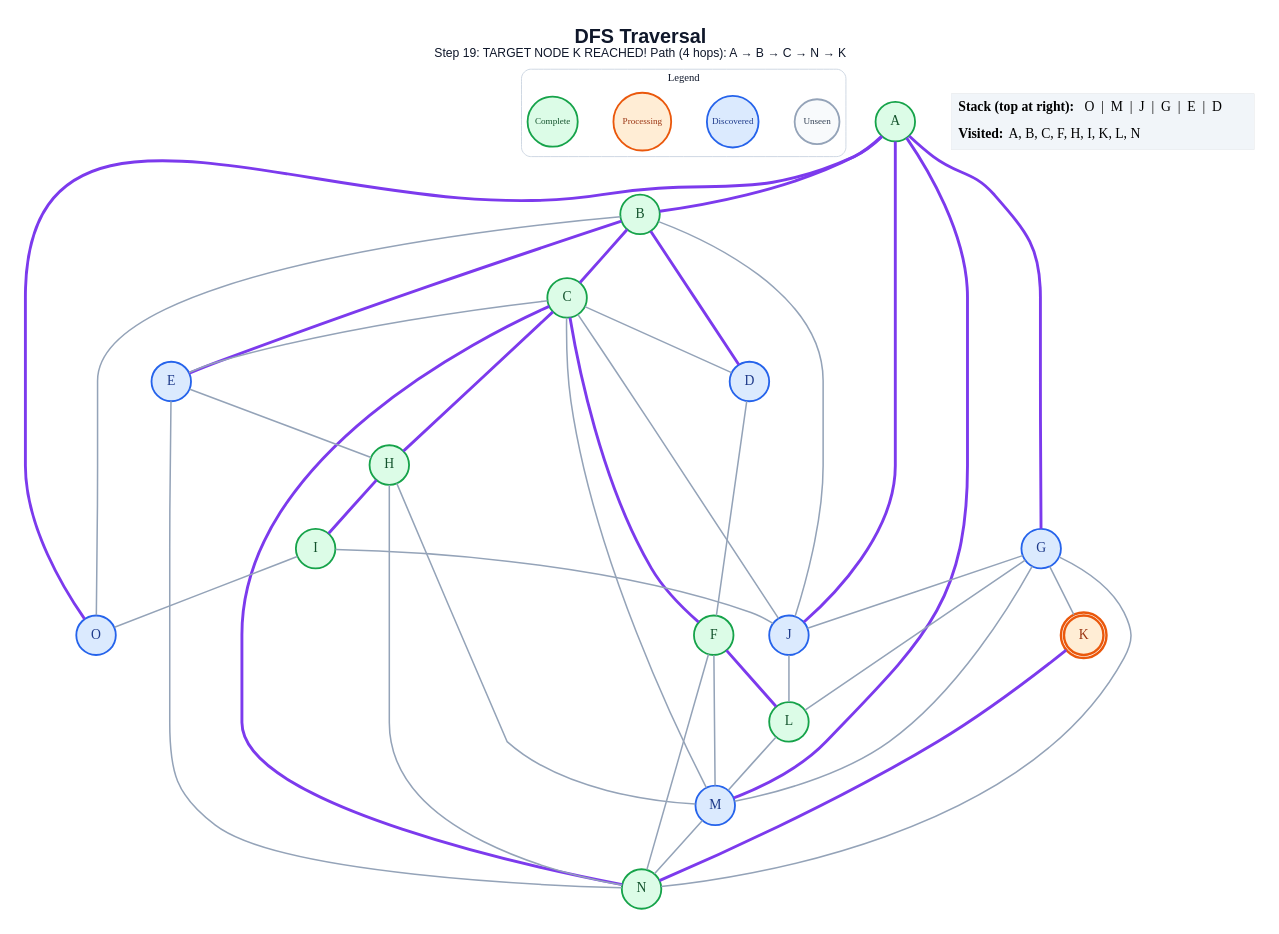
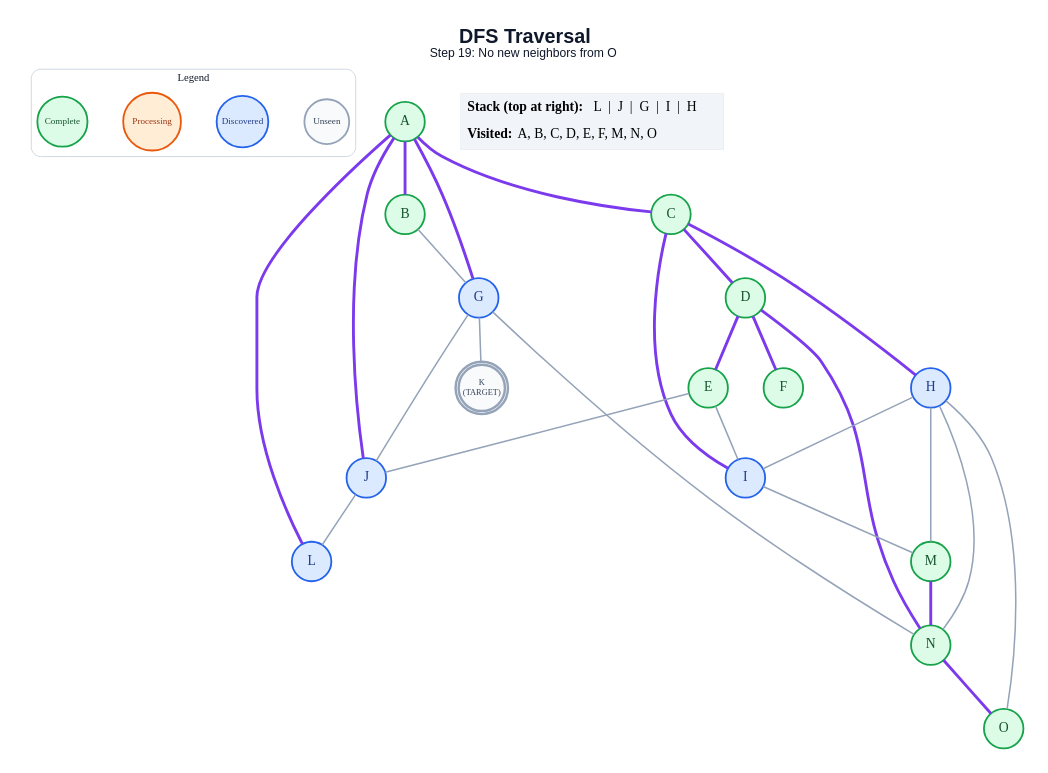
The diagram in generated/specific-node/dfs/step_19.dot (anon7238593-create/ai-slop), drawn with Graphviz before and after one commit. The commit also changed 286 other files, not shown here.

```diff
--- a/generated/specific-node/dfs/step_19.dot
+++ b/generated/specific-node/dfs/step_19.dot
@@ -1,71 +1,59 @@
 graph traversal {
   graph [layout=dot, rankdir=TB, bgcolor="#FFFFFF", pad="0.35", nodesep="0.65", ranksep="0.8", fontname="Arial"];
   node [shape=circle, style="filled", fontname="Arial Bold", fontsize=18, width=0.72, fixedsize=true, penwidth=2.4];
   edge [color="#94A3B8", penwidth=2.0];
-  label=<<B>DFS Traversal</B><BR/><FONT POINT-SIZE="16">Step 19: TARGET NODE K REACHED! Path (4 hops): A → B → C → N → K</FONT>>; labelloc="t"; fontsize=26; fontname="Arial"; fontcolor="#0F172A";
+  label=<<B>DFS Traversal</B><BR/><FONT POINT-SIZE="16">Step 19: No new neighbors from O</FONT>>; labelloc="t"; fontsize=26; fontname="Arial"; fontcolor="#0F172A";
   subgraph cluster_legend { label="Legend"; color="#CBD5E1"; penwidth=1.2; style="rounded"; fontsize=14; fontname="Arial Bold";
     key_unseen [label="Unseen", fillcolor="#F8FAFC", color="#94A3B8", fontcolor="#334155", fontsize=12, width=0.82];
     key_frontier [label="Discovered", fillcolor="#DBEAFE", color="#2563EB", fontcolor="#1E3A8A", fontsize=12, width=0.95];
     key_current [label="Processing", fillcolor="#FFEDD5", color="#EA580C", fontcolor="#9A3412", fontsize=12, width=1.05];
     key_done [label="Complete", fillcolor="#DCFCE7", color="#16A34A", fontcolor="#14532D", fontsize=12, width=0.92];
     { rank=same; key_unseen; key_frontier; key_current; key_done; }
   }
   A [label="A", fillcolor="#DCFCE7", color="#16A34A", fontcolor="#14532D", peripheries=1, penwidth=2.4];
   B [label="B", fillcolor="#DCFCE7", color="#16A34A", fontcolor="#14532D", peripheries=1, penwidth=2.4];
   C [label="C", fillcolor="#DCFCE7", color="#16A34A", fontcolor="#14532D", peripheries=1, penwidth=2.4];
-  D [label="D", fillcolor="#DBEAFE", color="#2563EB", fontcolor="#1E3A8A", peripheries=1, penwidth=2.4];
-  E [label="E", fillcolor="#DBEAFE", color="#2563EB", fontcolor="#1E3A8A", peripheries=1, penwidth=2.4];
+  D [label="D", fillcolor="#DCFCE7", color="#16A34A", fontcolor="#14532D", peripheries=1, penwidth=2.4];
+  E [label="E", fillcolor="#DCFCE7", color="#16A34A", fontcolor="#14532D", peripheries=1, penwidth=2.4];
   F [label="F", fillcolor="#DCFCE7", color="#16A34A", fontcolor="#14532D", peripheries=1, penwidth=2.4];
   G [label="G", fillcolor="#DBEAFE", color="#2563EB", fontcolor="#1E3A8A", peripheries=1, penwidth=2.4];
-  H [label="H", fillcolor="#DCFCE7", color="#16A34A", fontcolor="#14532D", peripheries=1, penwidth=2.4];
-  I [label="I", fillcolor="#DCFCE7", color="#16A34A", fontcolor="#14532D", peripheries=1, penwidth=2.4];
+  H [label="H", fillcolor="#DBEAFE", color="#2563EB", fontcolor="#1E3A8A", peripheries=1, penwidth=2.4];
+  I [label="I", fillcolor="#DBEAFE", color="#2563EB", fontcolor="#1E3A8A", peripheries=1, penwidth=2.4];
   J [label="J", fillcolor="#DBEAFE", color="#2563EB", fontcolor="#1E3A8A", peripheries=1, penwidth=2.4];
-  K [label="K", fillcolor="#FFEDD5", color="#EA580C", fontcolor="#9A3412", peripheries=2, penwidth=3.2];
-  L [label="L", fillcolor="#DCFCE7", color="#16A34A", fontcolor="#14532D", peripheries=1, penwidth=2.4];
-  M [label="M", fillcolor="#DBEAFE", color="#2563EB", fontcolor="#1E3A8A", peripheries=1, penwidth=2.4];
+  K [label="K\n(TARGET)", fillcolor="#F8FAFC", color="#94A3B8", fontcolor="#334155", peripheries=2, penwidth=3.2, fontsize=11, width=0.85, height=0.85];
+  L [label="L", fillcolor="#DBEAFE", color="#2563EB", fontcolor="#1E3A8A", peripheries=1, penwidth=2.4];
+  M [label="M", fillcolor="#DCFCE7", color="#16A34A", fontcolor="#14532D", peripheries=1, penwidth=2.4];
   N [label="N", fillcolor="#DCFCE7", color="#16A34A", fontcolor="#14532D", peripheries=1, penwidth=2.4];
-  O [label="O", fillcolor="#DBEAFE", color="#2563EB", fontcolor="#1E3A8A", peripheries=1, penwidth=2.4];
+  O [label="O", fillcolor="#DCFCE7", color="#16A34A", fontcolor="#14532D", peripheries=1, penwidth=2.4];
   A -- B [color="#7C3AED", penwidth=3.8];
+  A -- C [color="#7C3AED", penwidth=3.8];
   A -- G [color="#7C3AED", penwidth=3.8];
   A -- J [color="#7C3AED", penwidth=3.8];
-  A -- M [color="#7C3AED", penwidth=3.8];
-  A -- O [color="#7C3AED", penwidth=3.8];
-  B -- C [color="#7C3AED", penwidth=3.8];
-  B -- D [color="#7C3AED", penwidth=3.8];
-  B -- E [color="#7C3AED", penwidth=3.8];
-  B -- J;
-  B -- O;
-  C -- D;
-  C -- E;
-  C -- F [color="#7C3AED", penwidth=3.8];
+  A -- L [color="#7C3AED", penwidth=3.8];
+  B -- G;
+  C -- D [color="#7C3AED", penwidth=3.8];
   C -- H [color="#7C3AED", penwidth=3.8];
-  C -- J;
-  C -- M;
-  C -- N [color="#7C3AED", penwidth=3.8];
-  D -- F;
-  E -- H;
-  E -- N;
-  F -- L [color="#7C3AED", penwidth=3.8];
-  F -- M;
-  F -- N;
+  C -- I [color="#7C3AED", penwidth=3.8];
+  D -- E [color="#7C3AED", penwidth=3.8];
+  D -- F [color="#7C3AED", penwidth=3.8];
+  D -- N [color="#7C3AED", penwidth=3.8];
+  E -- I;
+  E -- J;
   G -- J;
   G -- K;
-  G -- L;
-  G -- M;
   G -- N;
-  H -- I [color="#7C3AED", penwidth=3.8];
+  H -- I;
   H -- M;
   H -- N;
-  I -- J;
-  I -- O;
+  H -- O;
+  I -- M;
   J -- L;
-  K -- N [color="#7C3AED", penwidth=3.8];
-  L -- M;
-  M -- N;
+  M -- N [color="#7C3AED", penwidth=3.8];
+  N -- O [color="#7C3AED", penwidth=3.8];
   status [shape=plain, fixedsize=false, width=0, height=0, margin=0, label=<
     <TABLE BORDER="0" CELLBORDER="0" CELLPADDING="7" BGCOLOR="#F1F5F9">
-      <TR><TD ALIGN="LEFT"><B>Stack (top at right):</B> O  |  M  |  J  |  G  |  E  |  D</TD></TR>
-      <TR><TD ALIGN="LEFT"><B>Visited:</B> A, B, C, F, H, I, K, L, N</TD></TR>
+      <TR><TD ALIGN="LEFT"><B>Stack (top at right):</B> L  |  J  |  G  |  I  |  H</TD></TR>
+      <TR><TD ALIGN="LEFT"><B>Visited:</B> A, B, C, D, E, F, M, N, O</TD></TR>
     </TABLE>
   >];
 }
```
